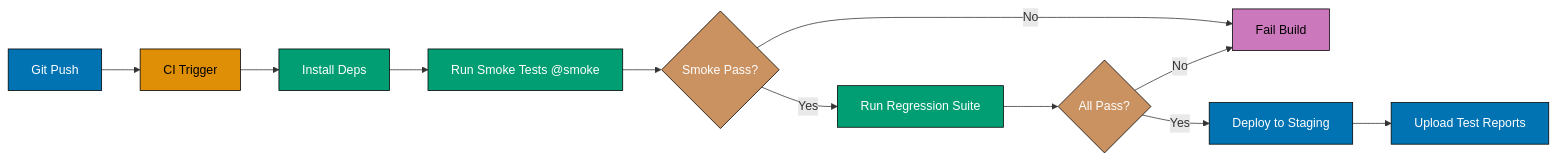
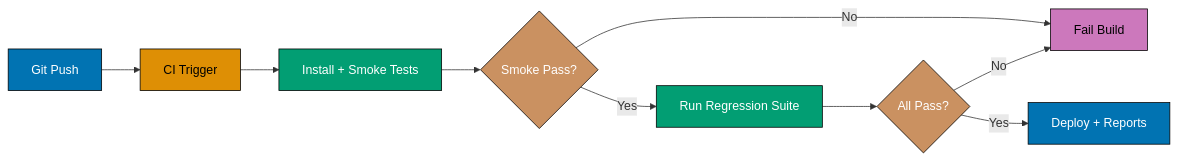
Before and after one commit to wahidyankf/open-sharia-enterprise: the fourth of 9 diagrams in apps/ayokoding-web/content/en/learn/software-engineering/development/behavior-driven-development-bdd/by-example/intermediate.md, drawn with Mermaid. The commit also changed other lines of this file and 16 other files, not shown here.

First line of the commit message:
fix(content): fix 46 pre-existing Mermaid violations in tutorial files

````diff
--- a/apps/ayokoding-web/content/en/learn/software-engineering/development/behavior-driven-development-bdd/by-example/intermediate.md
+++ b/apps/ayokoding-web/content/en/learn/software-engineering/development/behavior-driven-development-bdd/by-example/intermediate.md
@@ -1503,25 +1503,21 @@
 ```mermaid
 %% Color Palette: Blue #0173B2, Orange #DE8F05, Teal #029E73, Purple #CC78BC, Brown #CA9161
 graph LR
     A[Git Push] --> B[CI Trigger]
-    B --> C[Install Deps]
-    C --> D[Run Smoke Tests @smoke]
-    D --> E{Smoke Pass?}
-    E -->|No| F[Fail Build]
-    E -->|Yes| G[Run Regression Suite]
-    G --> H{All Pass?}
-    H -->|No| F
-    H -->|Yes| I[Deploy to Staging]
-    I --> J[Upload Test Reports]
+    B --> C[Install + Smoke Tests]
+    C --> D{Smoke Pass?}
+    D -->|No| E[Fail Build]
+    D -->|Yes| F[Run Regression Suite]
+    F --> G{All Pass?}
+    G -->|No| E
+    G -->|Yes| H[Deploy + Reports]
 
     style A fill:#0173B2,stroke:#000,color:#fff
     style B fill:#DE8F05,stroke:#000,color:#000
     style C fill:#029E73,stroke:#000,color:#fff
-    style D fill:#029E73,stroke:#000,color:#fff
-    style E fill:#CA9161,stroke:#000,color:#fff
-    style F fill:#CC78BC,stroke:#000,color:#000
-    style G fill:#029E73,stroke:#000,color:#fff
-    style H fill:#CA9161,stroke:#000,color:#fff
-    style I fill:#0173B2,stroke:#000,color:#fff
-    style J fill:#0173B2,stroke:#000,color:#fff
+    style D fill:#CA9161,stroke:#000,color:#fff
+    style E fill:#CC78BC,stroke:#000,color:#000
+    style F fill:#029E73,stroke:#000,color:#fff
+    style G fill:#CA9161,stroke:#000,color:#fff
+    style H fill:#0173B2,stroke:#000,color:#fff
 ```
````
